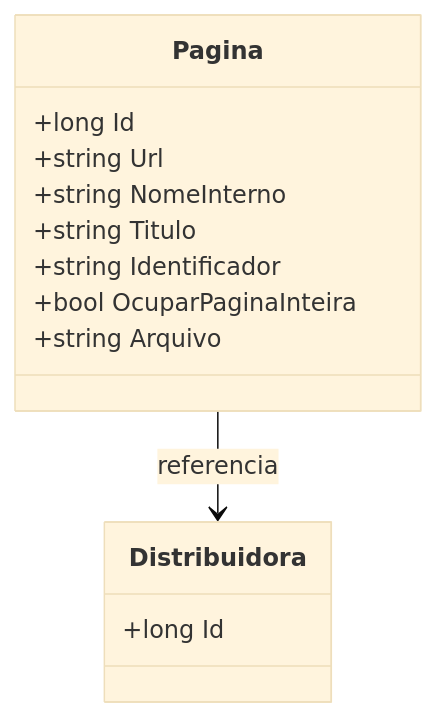
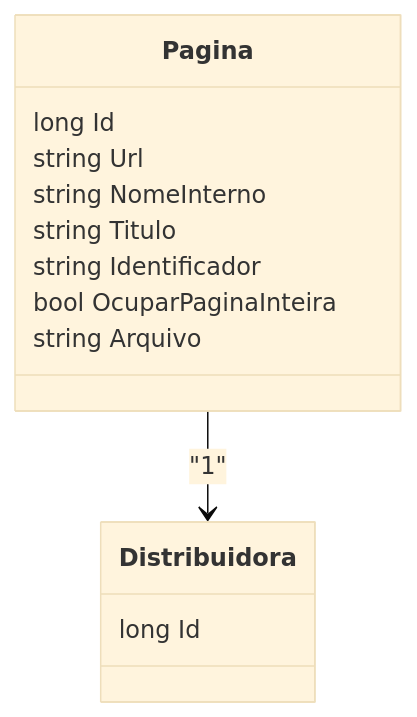
Before and after one commit to IsthmusSistemas/documentacao-tecnica: the diagram in docs/b2b-dominio/IsthmusWinthor.Nucleo/IsthmusWinthor.Dominio/Entidades/Pagina.md, drawn with Mermaid (base theme). The commit also changed other lines of this file and 882 other files, not shown here.

````diff
--- a/docs/b2b-dominio/IsthmusWinthor.Nucleo/IsthmusWinthor.Dominio/Entidades/Pagina.md
+++ b/docs/b2b-dominio/IsthmusWinthor.Nucleo/IsthmusWinthor.Dominio/Entidades/Pagina.md
@@ -27,18 +18,16 @@
 ```mermaid
 classDiagram
     class Pagina {
-        +long Id
-        +string Url
-        +string NomeInterno
-        +string Titulo
-        +string Identificador
-        +bool OcuparPaginaInteira
-        +string Arquivo
+        long Id
+        string Url
+        string NomeInterno
+        string Titulo
+        string Identificador
+        bool OcuparPaginaInteira
+        string Arquivo
     }
-
     class Distribuidora {
-        +long Id
+        long Id
     }
-
-    Pagina --> Distribuidora : referencia
+    Pagina --> Distribuidora : "1"
 ```
````
